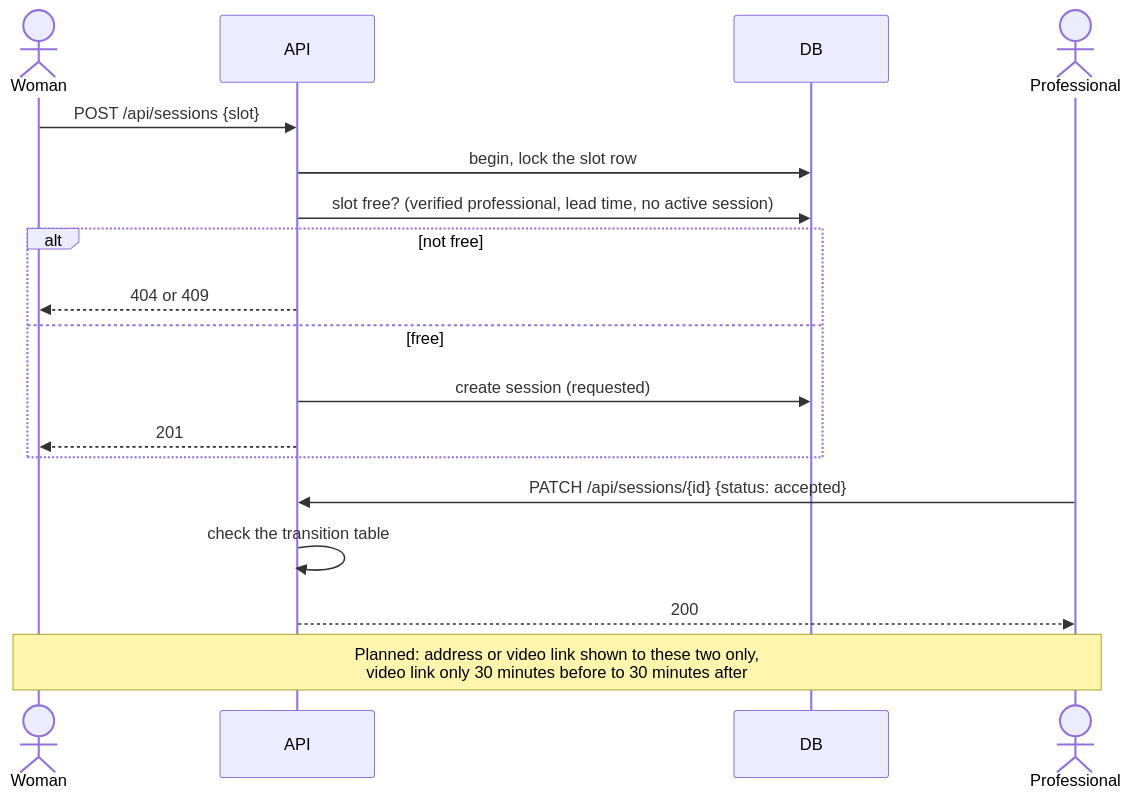
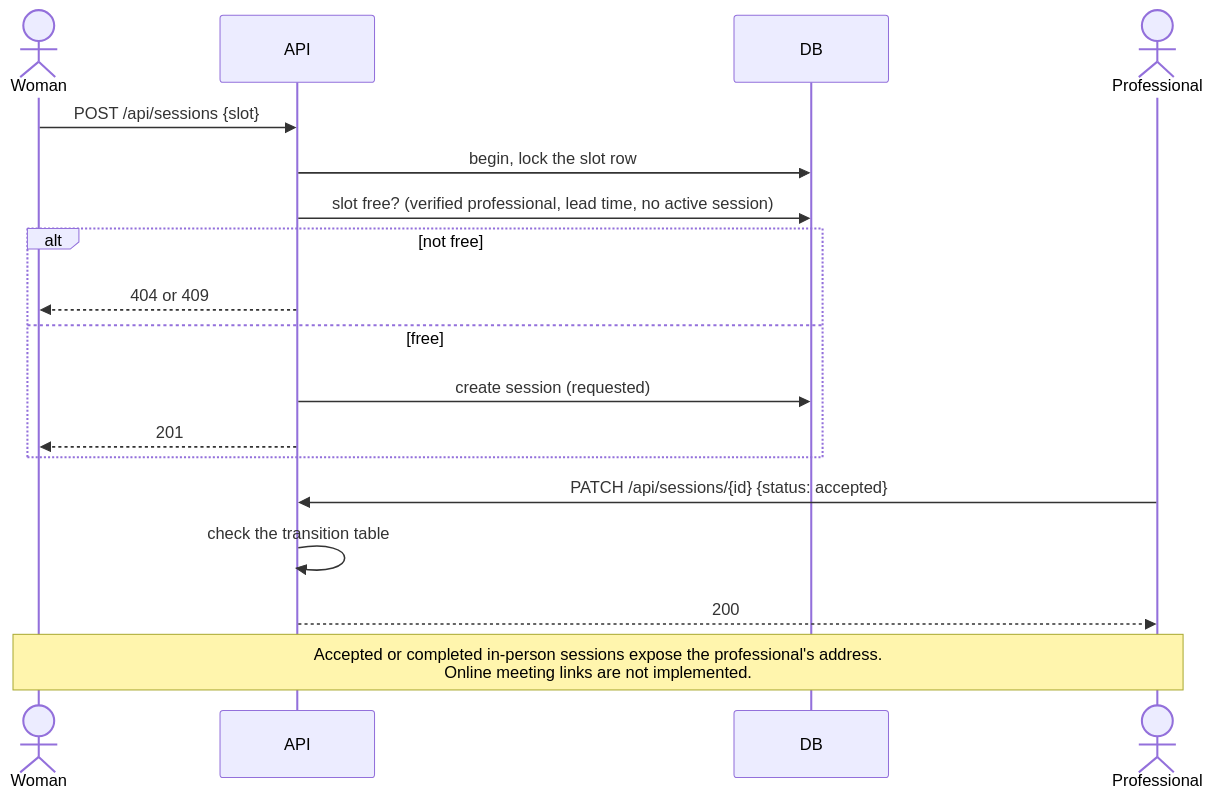
The sixth of 10 diagrams in README.md (meriemchebab/Rahati), drawn with Mermaid before and after one commit. The commit also changed other lines of this file, not shown here.

````diff
--- a/README.md
+++ b/README.md
@@ -241,20 +240,20 @@
 ```mermaid
 sequenceDiagram
   actor Woman
   participant API
   participant DB
   actor Pro as Professional
   Woman->>API: POST /api/sessions {slot}
   API->>DB: begin, lock the slot row
   API->>DB: slot free? (verified professional, lead time, no active session)
   alt not free
     API-->>Woman: 404 or 409
   else free
     API->>DB: create session (requested)
     API-->>Woman: 201
   end
   Pro->>API: PATCH /api/sessions/{id} {status: accepted}
   API->>API: check the transition table
   API-->>Pro: 200
-  Note over Woman,Pro: Planned: address or video link shown to these two only,<br/>video link only 30 minutes before to 30 minutes after
+  Note over Woman,Pro: Accepted or completed in-person sessions expose the professional's address.<br/>Online meeting links are not implemented.
 ```
````
